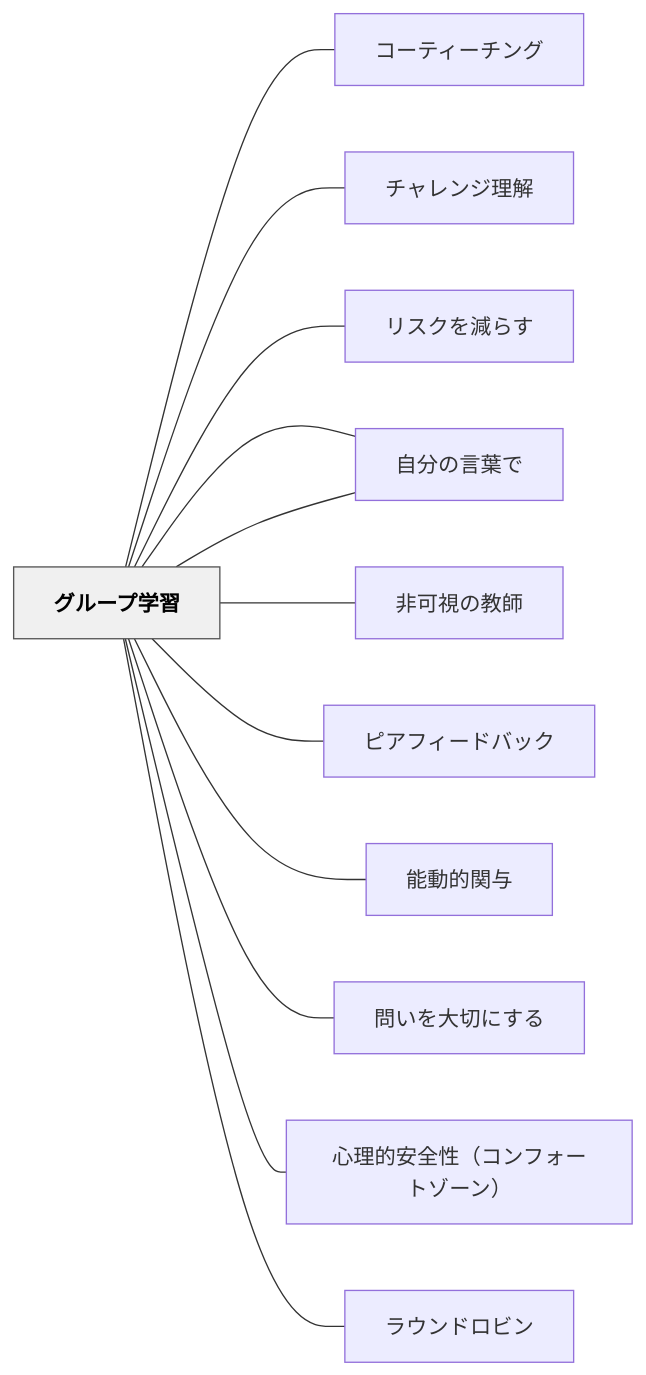
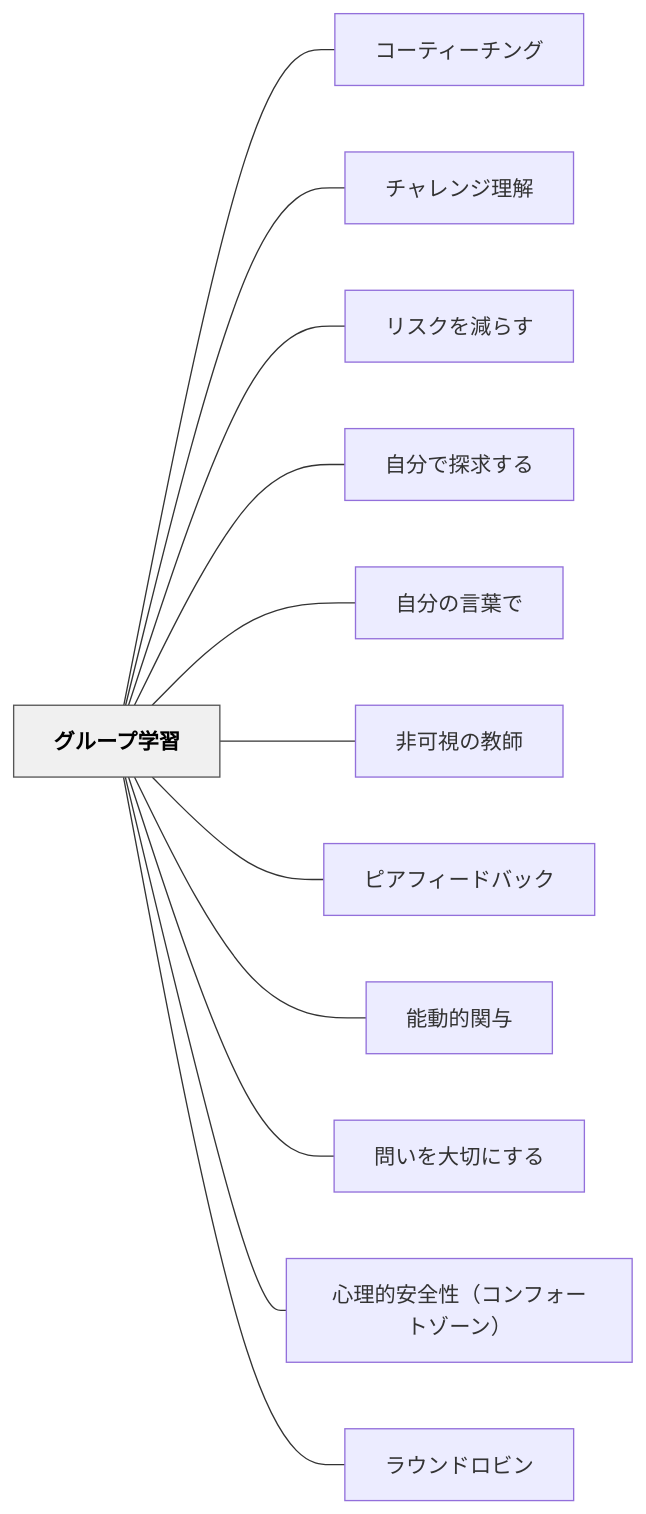
Before and after one commit to unknownthings-ed-patterns/unknownthings-ed-patterns: the diagram in content/パタン/グループ学習.md, drawn with Mermaid. The commit also changed 527 other files, not shown here.

````diff
--- a/content/パタン/グループ学習.md
+++ b/content/パタン/グループ学習.md
@@ -92,30 +92,30 @@
 ```mermaid
 flowchart LR
-    ne382b0e383ab["グループ学習"]
-    ne382b3e383bc["コーティーチング"]
-    ne38381e383a3["チャレンジ理解"]
-    ne383aae382b9["リスクを減らす"]
-    ne887aae58886["自分で探求する"]
-    ne887aae58886["自分の言葉で"]
-    ne99d9ee58faf["非可視の教師"]
-    ne38394e382a2["ピアフィードバック"]
-    ne883bde58b95["能動的関与"]
-    ne5958fe38184["問いを大切にする"]
-    ne5bf83e79086["心理的安全性（コンフォートゾーン）"]
-    ne383a9e382a6["ラウンドロビン"]
+    ne382b0e383abe383bce38397e5ada6e7bf92["グループ学習"]
+    ne382b3e383bce38386e382a3e383bce38381e383b3e382b0["コーティーチング"]
+    ne38381e383a3e383ace383b3e382b8e79086e8a7a3["チャレンジ理解"]
+    ne383aae382b9e382afe38292e6b89be38289e38199["リスクを減らす"]
+    ne887aae58886e381a7e68ea2e6b182e38199e3828b["自分で探求する"]
+    ne887aae58886e381aee8a880e89189e381a7["自分の言葉で"]
+    ne99d9ee58fafe8a696e381aee69599e5b8ab["非可視の教師"]
+    ne38394e382a2e38395e382a3e383bce38389e38390e38383e382af["ピアフィードバック"]
+    ne883bde58b95e79a84e996a2e4b88e["能動的関与"]
+    ne5958fe38184e38292e5a4a7e58887e381abe38199e3828b["問いを大切にする"]
+    ne5bf83e79086e79a84e5ae89e585a8e680a7efbc88e382b3e383b3e38395e382a9e383bce38388e382bee383bce383b3efbc89["心理的安全性（コンフォートゾーン）"]
+    ne383a9e382a6e383b3e38389e383ade38393e383b3["ラウンドロビン"]
 
-    ne382b0e383ab --- ne382b3e383bc
-    ne382b0e383ab --- ne38381e383a3
-    ne382b0e383ab --- ne383aae382b9
-    ne382b0e383ab --- ne887aae58886
-    ne382b0e383ab --- ne887aae58886
-    ne382b0e383ab --- ne99d9ee58faf
-    ne382b0e383ab --- ne38394e382a2
-    ne382b0e383ab --- ne883bde58b95
-    ne382b0e383ab --- ne5958fe38184
-    ne382b0e383ab --- ne5bf83e79086
-    ne382b0e383ab --- ne383a9e382a6
+    ne382b0e383abe383bce38397e5ada6e7bf92 --- ne382b3e383bce38386e382a3e383bce38381e383b3e382b0
+    ne382b0e383abe383bce38397e5ada6e7bf92 --- ne38381e383a3e383ace383b3e382b8e79086e8a7a3
+    ne382b0e383abe383bce38397e5ada6e7bf92 --- ne383aae382b9e382afe38292e6b89be38289e38199
+    ne382b0e383abe383bce38397e5ada6e7bf92 --- ne887aae58886e381a7e68ea2e6b182e38199e3828b
+    ne382b0e383abe383bce38397e5ada6e7bf92 --- ne887aae58886e381aee8a880e89189e381a7
+    ne382b0e383abe383bce38397e5ada6e7bf92 --- ne99d9ee58fafe8a696e381aee69599e5b8ab
+    ne382b0e383abe383bce38397e5ada6e7bf92 --- ne38394e382a2e38395e382a3e383bce38389e38390e38383e382af
+    ne382b0e383abe383bce38397e5ada6e7bf92 --- ne883bde58b95e79a84e996a2e4b88e
+    ne382b0e383abe383bce38397e5ada6e7bf92 --- ne5958fe38184e38292e5a4a7e58887e381abe38199e3828b
+    ne382b0e383abe383bce38397e5ada6e7bf92 --- ne5bf83e79086e79a84e5ae89e585a8e680a7efbc88e382b3e383b3e38395e382a9e383bce38388e382bee383bce383b3efbc89
+    ne382b0e383abe383bce38397e5ada6e7bf92 --- ne383a9e382a6e383b3e38389e383ade38393e383b3
 
     classDef hub fill:#f0f0f0,stroke:#555,color:#000,font-weight:bold
-    class ne382b0e383ab hub
+    class ne382b0e383abe383bce38397e5ada6e7bf92 hub
 ```
````
